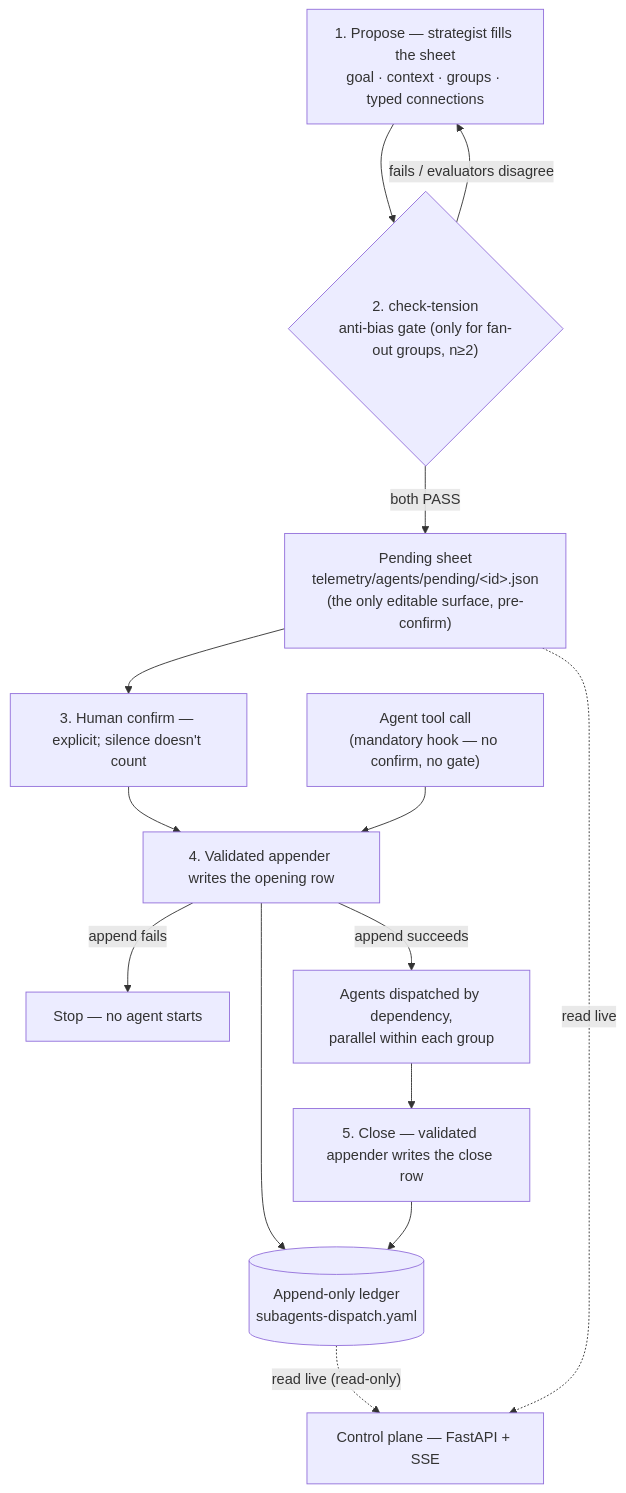
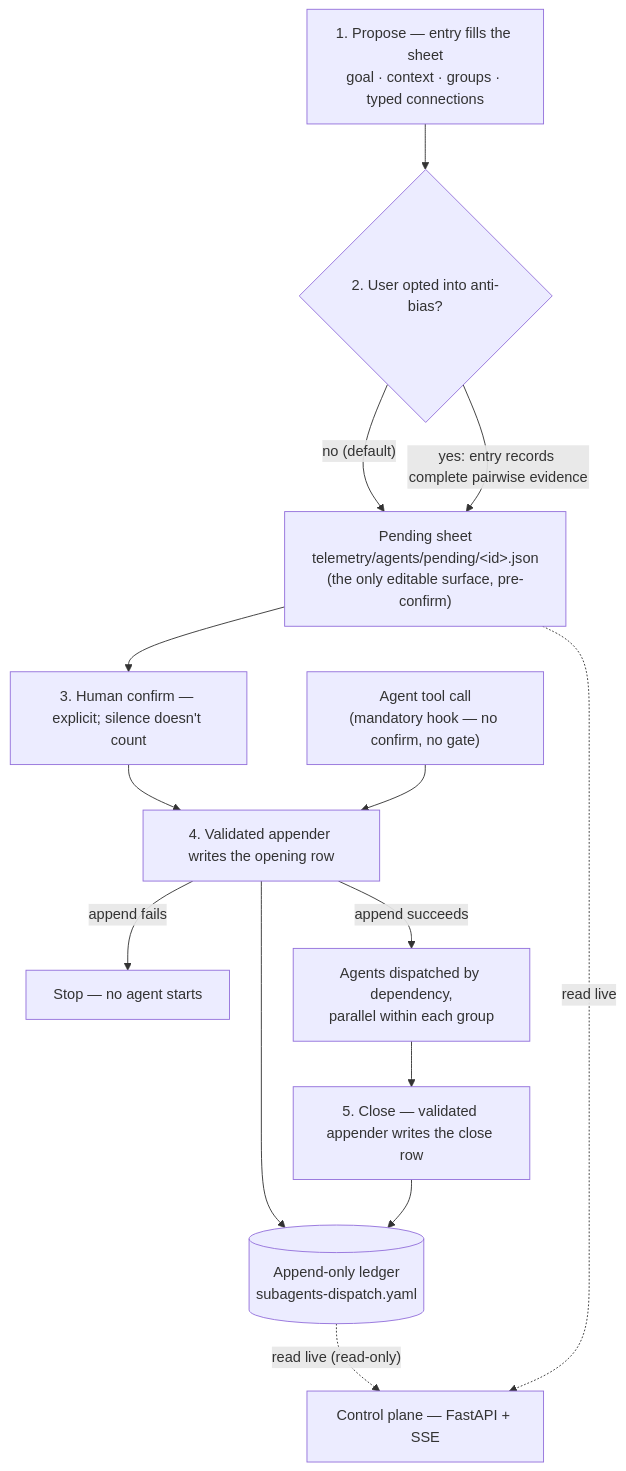
Before and after one commit to VictorBoscaro/cyberalchemy-orchestrator: the diagram in README.md, drawn with Mermaid. The commit also changed other lines of this file and 69 other files, not shown here.

````diff
--- a/README.md
+++ b/README.md
@@ -172,16 +174,16 @@
 ```mermaid
 flowchart TD
-    A["1. Propose — strategist fills the sheet<br/>goal · context · groups · typed connections"] --> B{"2. check-tension<br/>anti-bias gate (only for fan-out groups, n≥2)"}
-    B -- "fails / evaluators disagree" --> A
-    B -- "both PASS" --> P["Pending sheet<br/>telemetry/agents/pending/&lt;id&gt;.json<br/>(the only editable surface, pre-confirm)"]
+    A["1. Propose — entry fills the sheet<br/>goal · context · groups · typed connections"] --> B{"2. User opted into anti-bias?"}
+    B -- "no (default)" --> P["Pending sheet<br/>telemetry/agents/pending/&lt;id&gt;.json<br/>(the only editable surface, pre-confirm)"]
+    B -- "yes: entry records complete pairwise evidence" --> P
     P --> C["3. Human confirm — explicit; silence doesn't count"]
     C --> W["4. Validated appender writes the opening row"]
     H["Agent tool call<br/>(mandatory hook — no confirm, no gate)"] --> W
     W -- "append fails" --> X["Stop — no agent starts"]
     W -- "append succeeds" --> E["Agents dispatched by dependency,<br/>parallel within each group"]
     E --> F["5. Close — validated appender writes the close row"]
     W --> L[("Append-only ledger<br/>subagents-dispatch.yaml")]
     F --> L
     L -. "read live (read-only)" .-> UI["Control plane — FastAPI + SSE"]
     P -. "read live" .-> UI
 ```
````
